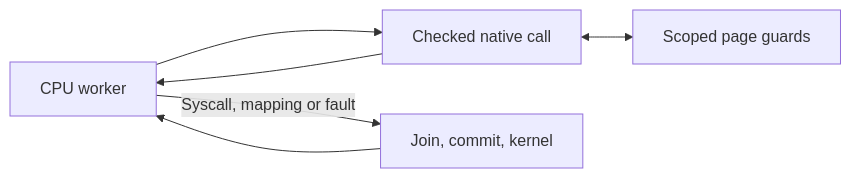
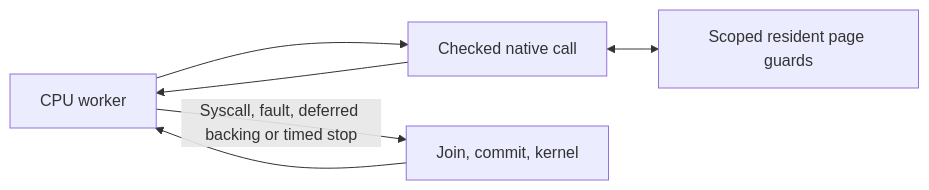
One commit to kb5000/trames changed the diagram in docs/architecture/parallel-nativecalls.md. Above: the diagram before and after it, drawn with Mermaid. The commit also changed other lines of this file and 28 other files, not shown here.

````diff
--- a/docs/architecture/parallel-nativecalls.md
+++ b/docs/architecture/parallel-nativecalls.md
@@ -26,8 +12,8 @@
 ```mermaid
 flowchart LR
     W[CPU worker] --> N[Checked native call]
-    N <--> P[Scoped page guards]
+    N <--> P[Scoped resident page guards]
     N --> W
-    W -->|Syscall, mapping or fault| K[Join, commit, kernel]
+    W -->|Syscall, fault, deferred backing or timed stop| K[Join, commit, kernel]
     K --> W
 ```
````
